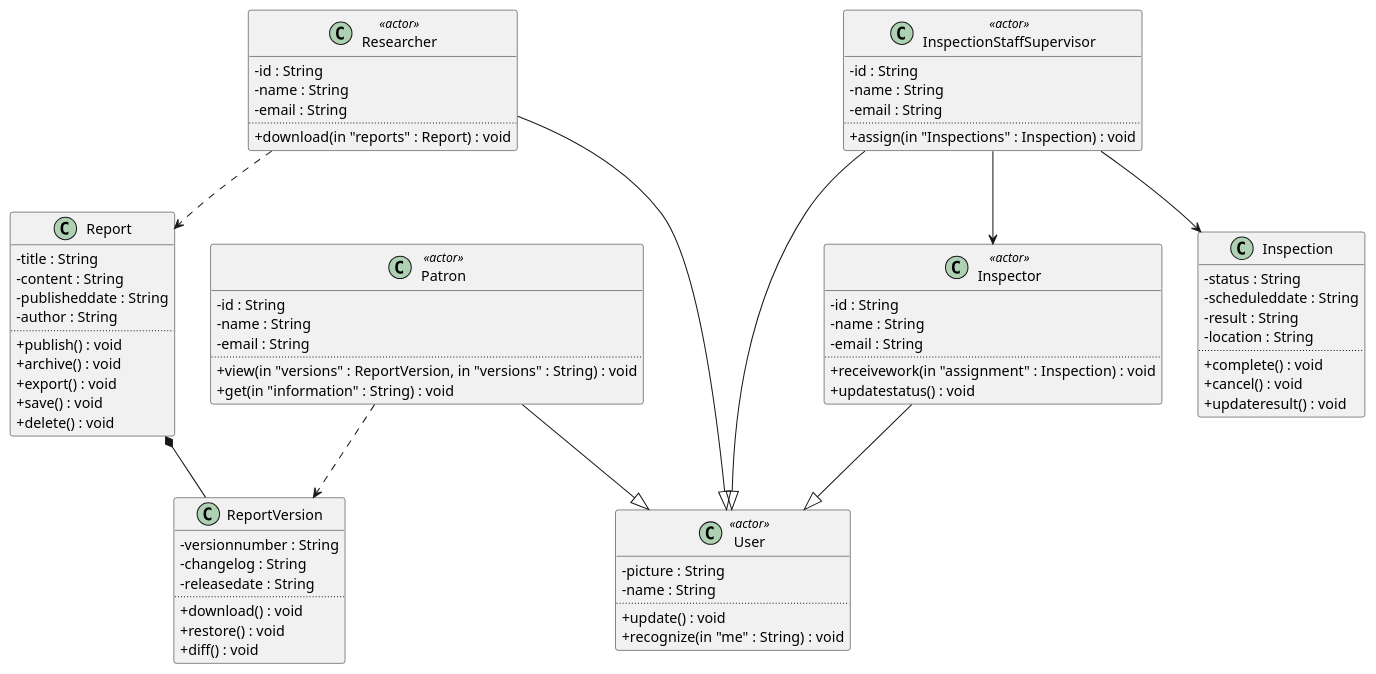
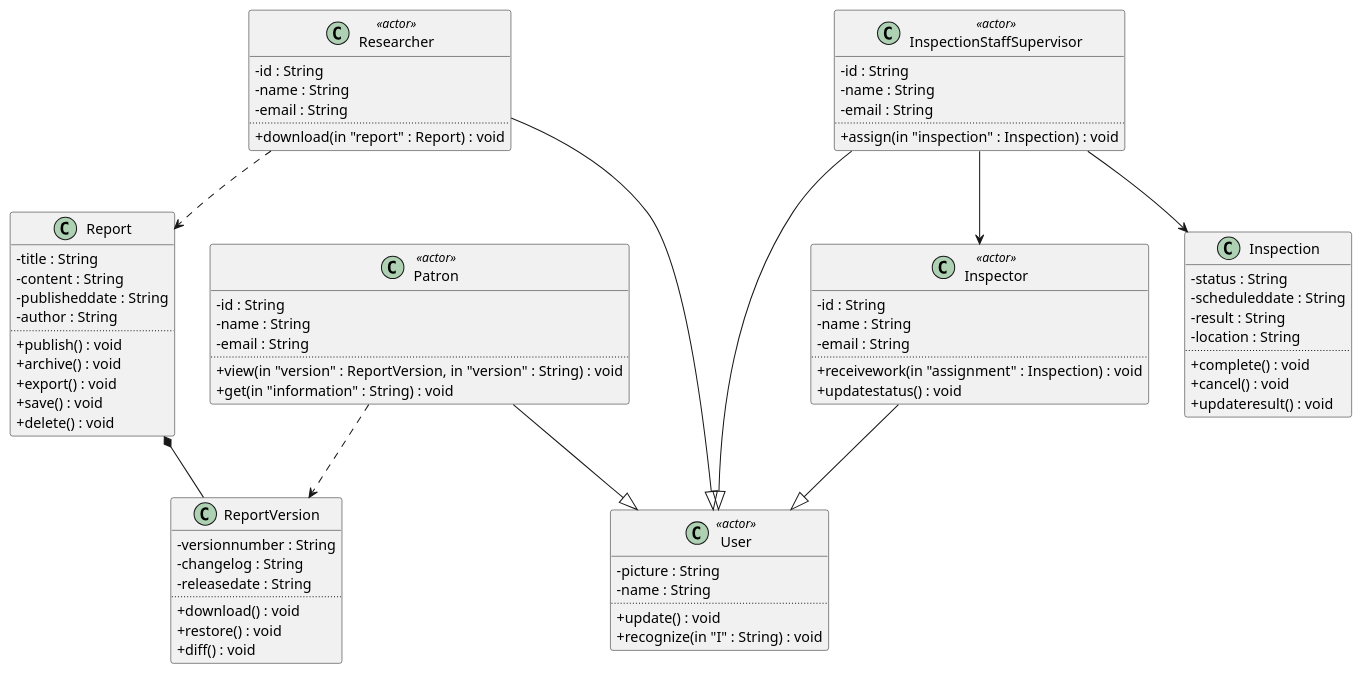
Before and after one commit to qamaruddin-qureshi/fyp-uml-diagram-generator: the diagram in user_stories/golden_puml/class_test_Original_Inspector_System.puml, drawn with PlantUML. The commit also changed 7 other files, not shown here.

```diff
--- a/user_stories/golden_puml/class_test_Original_Inspector_System.puml
+++ b/user_stories/golden_puml/class_test_Original_Inspector_System.puml
@@ -1,80 +1,80 @@
 @startuml
 skinparam classAttributeIconSize 0
 class "Researcher" as Researcher <<actor>> {
   -id : String
   -name : String
   -email : String
   ..
-  +download(in "reports" : Report) : void
+  +download(in "report" : Report) : void
 }
 class "Report" as Report  {
   -title : String
   -content : String
   -publisheddate : String
   -author : String
   ..
   +publish() : void
   +archive() : void
   +export() : void
   +save() : void
   +delete() : void
 }
 class "User" as User <<actor>> {
   -picture : String
   -name : String
   ..
   +update() : void
-  +recognize(in "me" : String) : void
+  +recognize(in "I" : String) : void
 }
 class "InspectionStaffSupervisor" as InspectionStaffSupervisor <<actor>> {
   -id : String
   -name : String
   -email : String
   ..
-  +assign(in "Inspections" : Inspection) : void
+  +assign(in "inspection" : Inspection) : void
 }
 class "Inspector" as Inspector <<actor>> {
   -id : String
   -name : String
   -email : String
   ..
   +receivework(in "assignment" : Inspection) : void
   +updatestatus() : void
 }
 class "Inspection" as Inspection  {
   -status : String
   -scheduleddate : String
   -result : String
   -location : String
   ..
   +complete() : void
   +cancel() : void
   +updateresult() : void
 }
 class "Patron" as Patron <<actor>> {
   -id : String
   -name : String
   -email : String
   ..
-  +view(in "versions" : ReportVersion, in "versions" : String) : void
+  +view(in "version" : ReportVersion, in "version" : String) : void
   +get(in "information" : String) : void
 }
 class "ReportVersion" as ReportVersion  {
   -versionnumber : String
   -changelog : String
   -releasedate : String
   ..
   +download() : void
   +restore() : void
   +diff() : void
 }
 Researcher ..> Report
 Researcher --|> User
 InspectionStaffSupervisor --> Inspector
 InspectionStaffSupervisor --> Inspection
 InspectionStaffSupervisor --|> User
 Inspector --|> User
 Patron ..> ReportVersion
 Report *-- ReportVersion
 Patron --|> User
 @enduml
```
